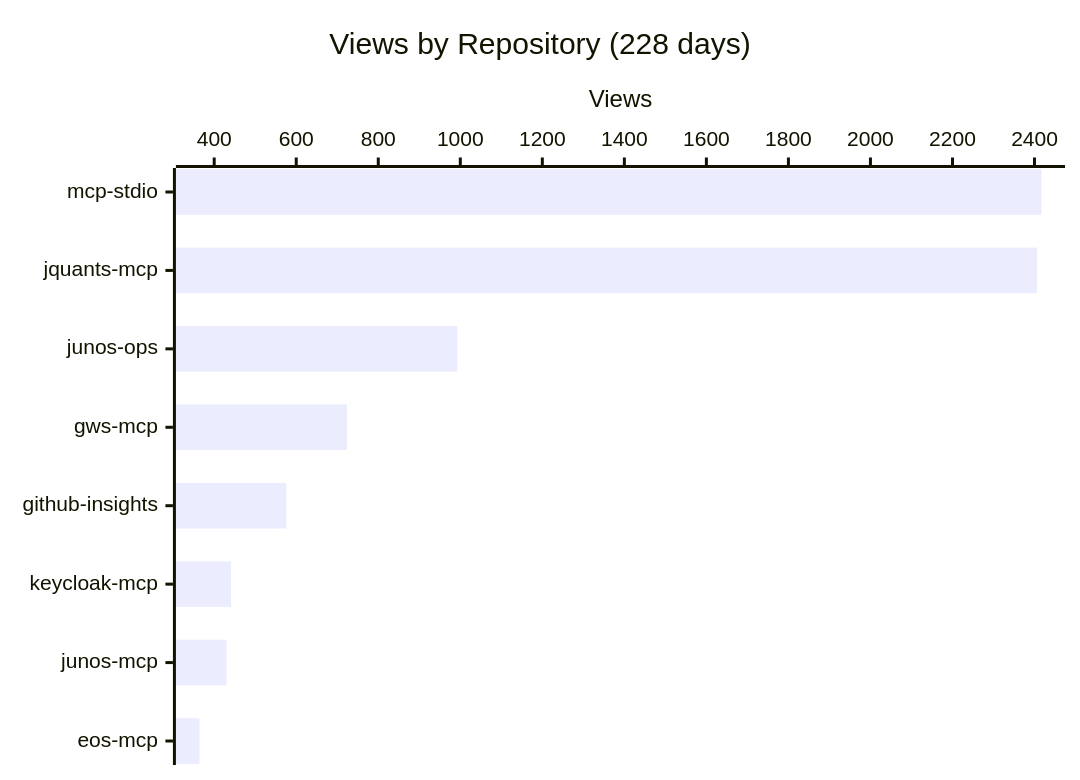
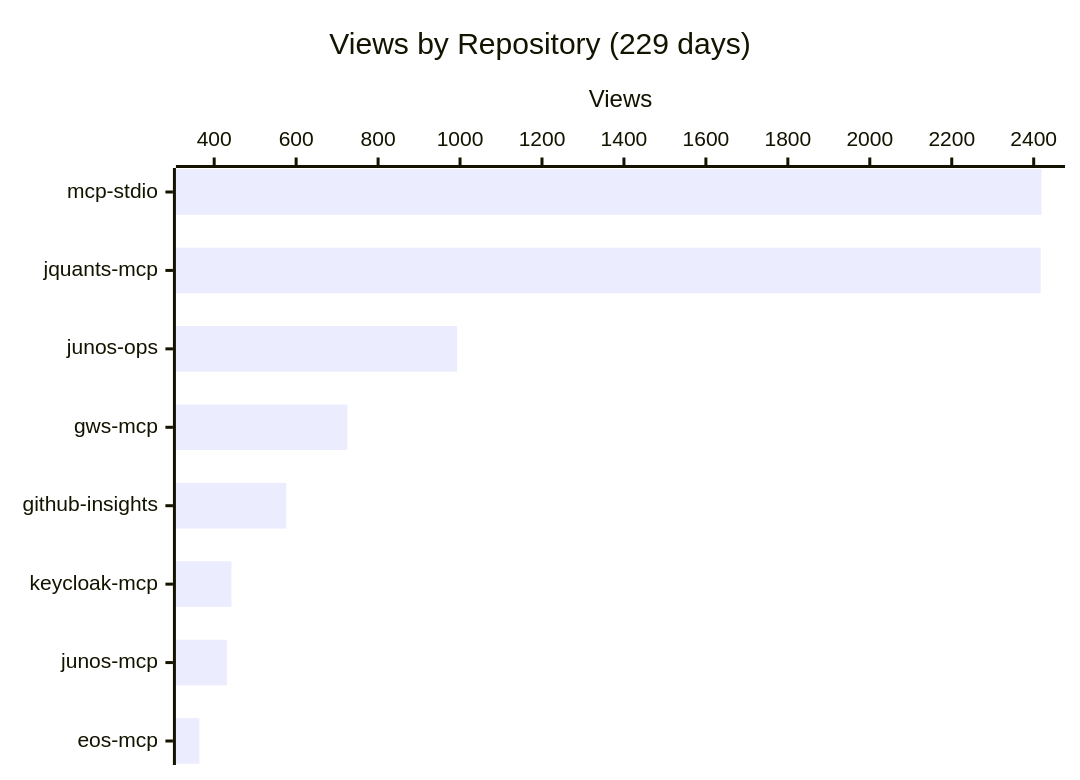
The first of 4 diagrams in README.md (shigechika/github-insights), drawn with Mermaid before and after one commit. The commit also changed other lines of this file and 1 other file, not shown here.

````diff
--- a/README.md
+++ b/README.md
@@ -18,7 +18,7 @@
 ```mermaid
 xychart-beta horizontal
-    title "Views by Repository (228 days)"
+    title "Views by Repository (229 days)"
     x-axis ["mcp-stdio", "jquants-mcp", "junos-ops", "gws-mcp", "github-insights", "keycloak-mcp", "junos-mcp", "eos-mcp"]
     y-axis "Views"
-    bar [2417, 2406, 993, 724, 576, 441, 430, 364]
+    bar [2419, 2417, 993, 725, 576, 442, 431, 364]
 ```
````
